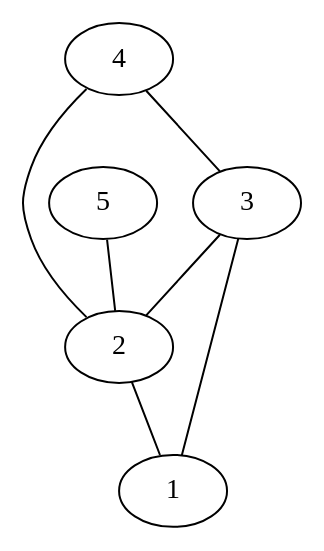
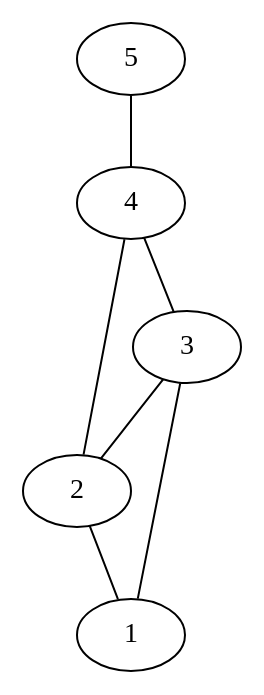
Before and after one commit to felixble/htw-ava-ws16-rumor: the diagram in config/graph2.dot, drawn with Graphviz. The commit also changed 9 other files, not shown here.

```diff
--- a/config/graph2.dot
+++ b/config/graph2.dot
@@ -1,8 +1,8 @@
 graph G {
 2 -- 1;
 3 -- 2;
+4 -- 2;
+5 -- 4;
+3 -- 1;
 4 -- 3;
-5 -- 2;
-3 -- 1;
-4 -- 2;
 }
```
